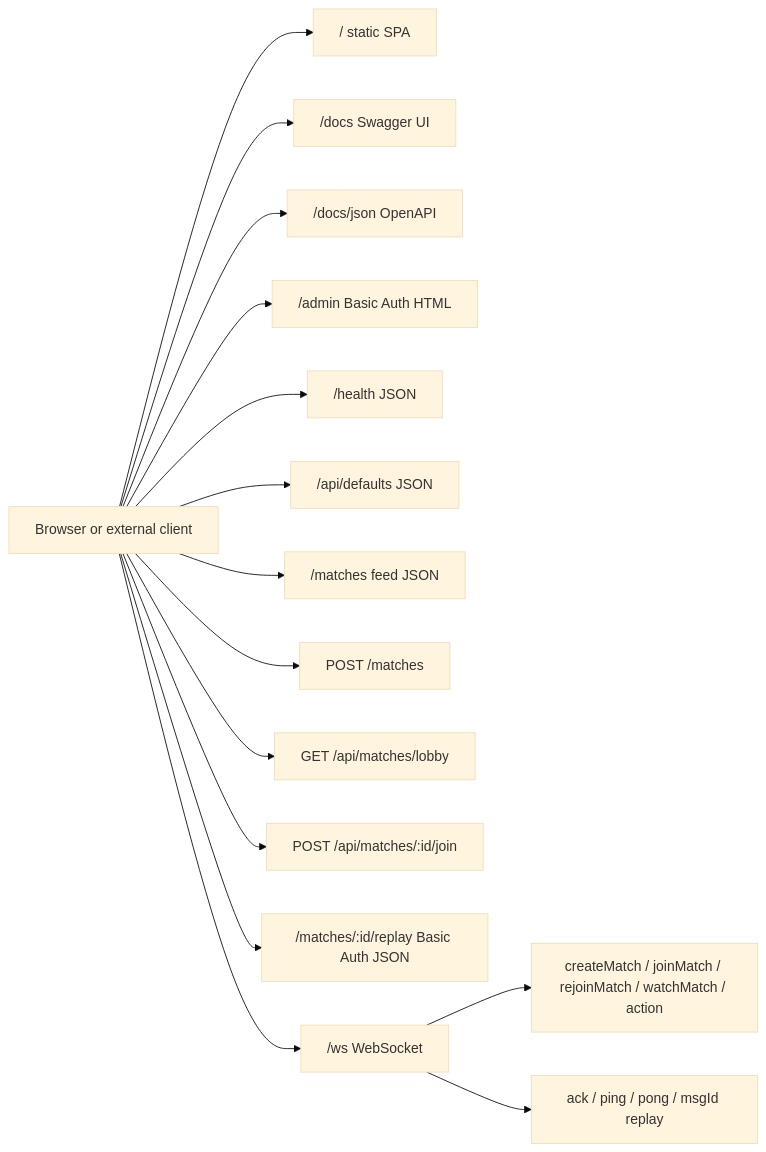
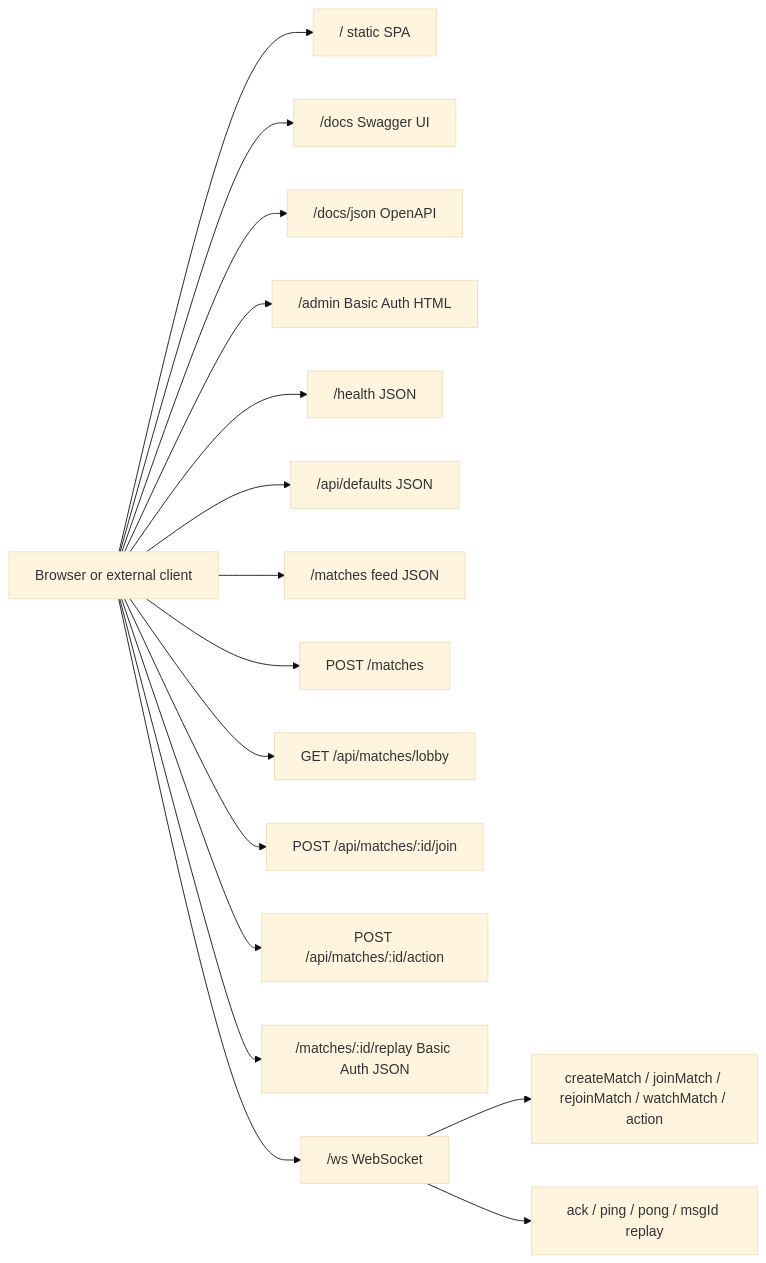
One commit to phalanxduel/phalanxduel changed the diagram in docs/system/site-flow-2.mmd. Above: the diagram before and after it, drawn with Mermaid (base theme). The commit also changed 8 other files, not shown here.

```diff
--- a/docs/system/site-flow-2.mmd
+++ b/docs/system/site-flow-2.mmd
@@ -1,15 +1,16 @@
 flowchart LR
   CLIENT[Browser or external client] --> ROOT["/ static SPA"]
   CLIENT --> DOCS["/docs Swagger UI"]
   CLIENT --> OPENAPI["/docs/json OpenAPI"]
   CLIENT --> ADMIN["/admin Basic Auth HTML"]
   CLIENT --> HEALTH["/health JSON"]
   CLIENT --> DEFAULTS["/api/defaults JSON"]
   CLIENT --> MATCHES["/matches feed JSON"]
   CLIENT --> CREATE["POST /matches"]
   CLIENT --> LOBBY["GET /api/matches/lobby"]
   CLIENT --> JOIN["POST /api/matches/:id/join"]
+  CLIENT --> ACTION["POST /api/matches/:id/action"]
   CLIENT --> REPLAY["/matches/:id/replay Basic Auth JSON"]
   CLIENT --> WS["/ws WebSocket"]
   WS --> WS_MSG["createMatch / joinMatch / rejoinMatch / watchMatch / action"]
   WS --> WS_RELIABILITY["ack / ping / pong / msgId replay"]
```
